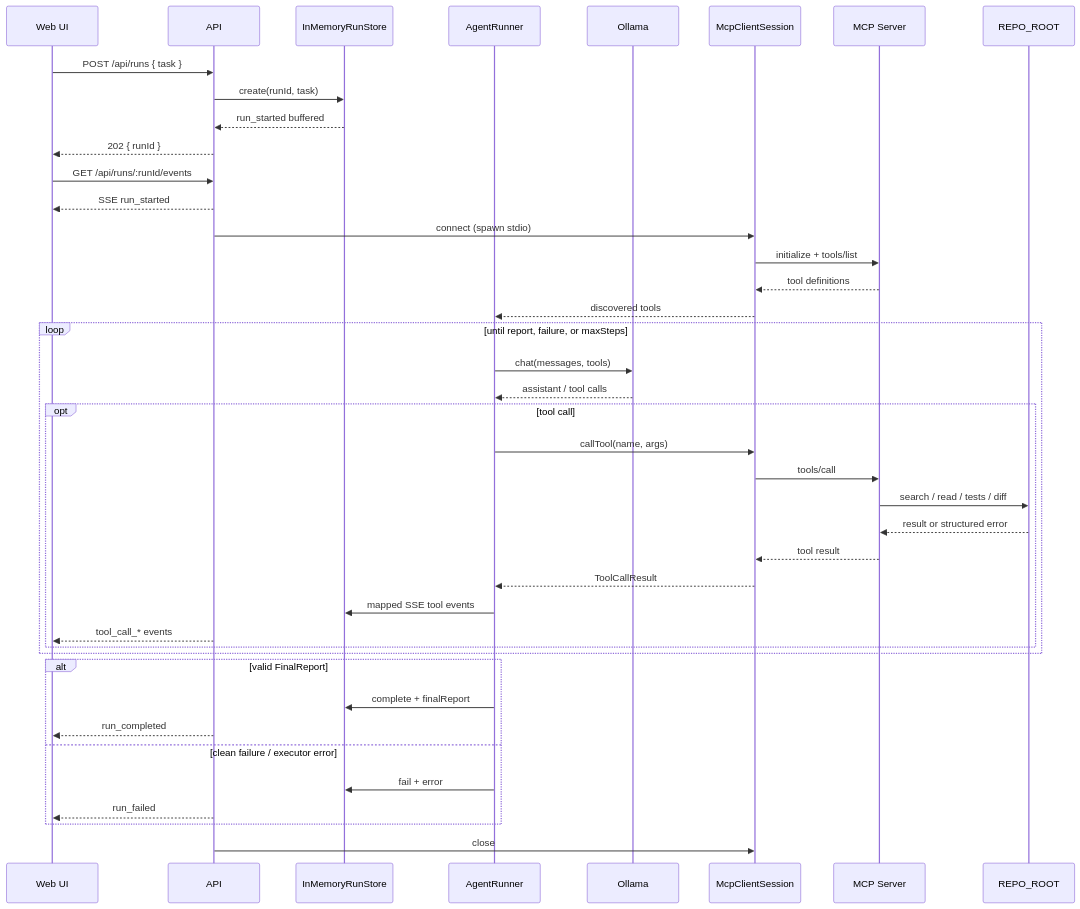
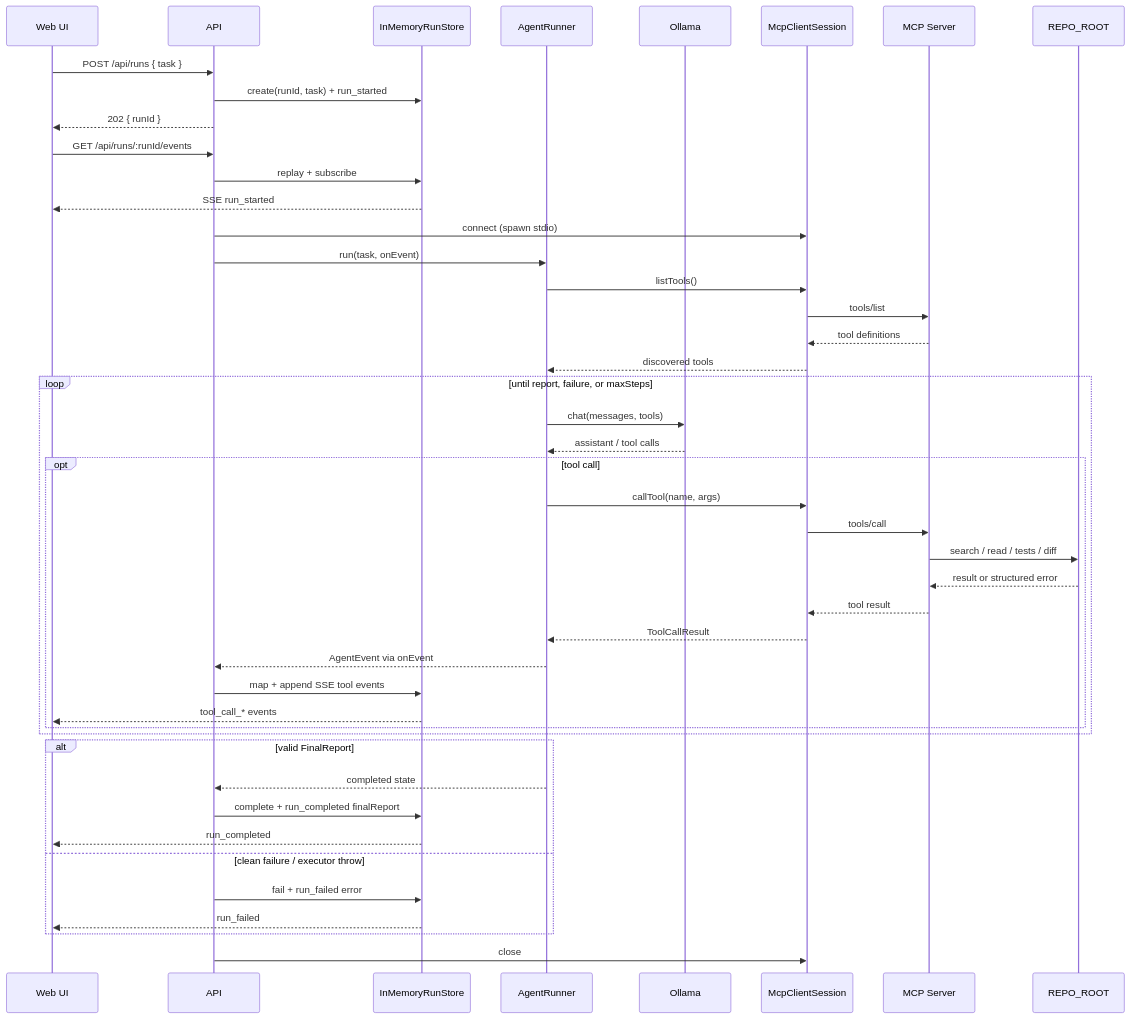
One commit to orpazavdaev/ai-agent-platform changed the second of 5 diagrams in docs/architecture.md. Above: the diagram before and after it, drawn with Mermaid. The commit also changed other lines of this file and 4 other files, not shown here.

````diff
--- a/docs/architecture.md
+++ b/docs/architecture.md
@@ -108,49 +113,53 @@
 ```mermaid
 sequenceDiagram
   participant UI as Web UI
   participant API as API
   participant Store as InMemoryRunStore
   participant Runner as AgentRunner
   participant Ollama as Ollama
   participant MCP as McpClientSession
   participant Server as MCP Server
   participant Repo as REPO_ROOT
 
   UI->>API: POST /api/runs { task }
-  API->>Store: create(runId, task)
-  Store-->>API: run_started buffered
+  API->>Store: create(runId, task) + run_started
   API-->>UI: 202 { runId }
 
   UI->>API: GET /api/runs/:runId/events
-  API-->>UI: SSE run_started
+  API->>Store: replay + subscribe
+  Store-->>UI: SSE run_started
 
   API->>MCP: connect (spawn stdio)
-  MCP->>Server: initialize + tools/list
+  API->>Runner: run(task, onEvent)
+  Runner->>MCP: listTools()
+  MCP->>Server: tools/list
   Server-->>MCP: tool definitions
   MCP-->>Runner: discovered tools
 
   loop until report, failure, or maxSteps
     Runner->>Ollama: chat(messages, tools)
     Ollama-->>Runner: assistant / tool calls
     opt tool call
       Runner->>MCP: callTool(name, args)
       MCP->>Server: tools/call
       Server->>Repo: search / read / tests / diff
       Repo-->>Server: result or structured error
       Server-->>MCP: tool result
       MCP-->>Runner: ToolCallResult
-      Runner->>Store: mapped SSE tool events
-      API-->>UI: tool_call_* events
+      Runner-->>API: AgentEvent via onEvent
+      API->>Store: map + append SSE tool events
+      Store-->>UI: tool_call_* events
     end
   end
 
   alt valid FinalReport
-    Runner->>Store: complete + finalReport
-    API-->>UI: run_completed
-  else clean failure / executor error
-    Runner->>Store: fail + error
-    API-->>UI: run_failed
+    Runner-->>API: completed state
+    API->>Store: complete + run_completed finalReport
+    Store-->>UI: run_completed
+  else clean failure / executor throw
+    API->>Store: fail + run_failed error
+    Store-->>UI: run_failed
   end
 
   API->>MCP: close
 ```
````
